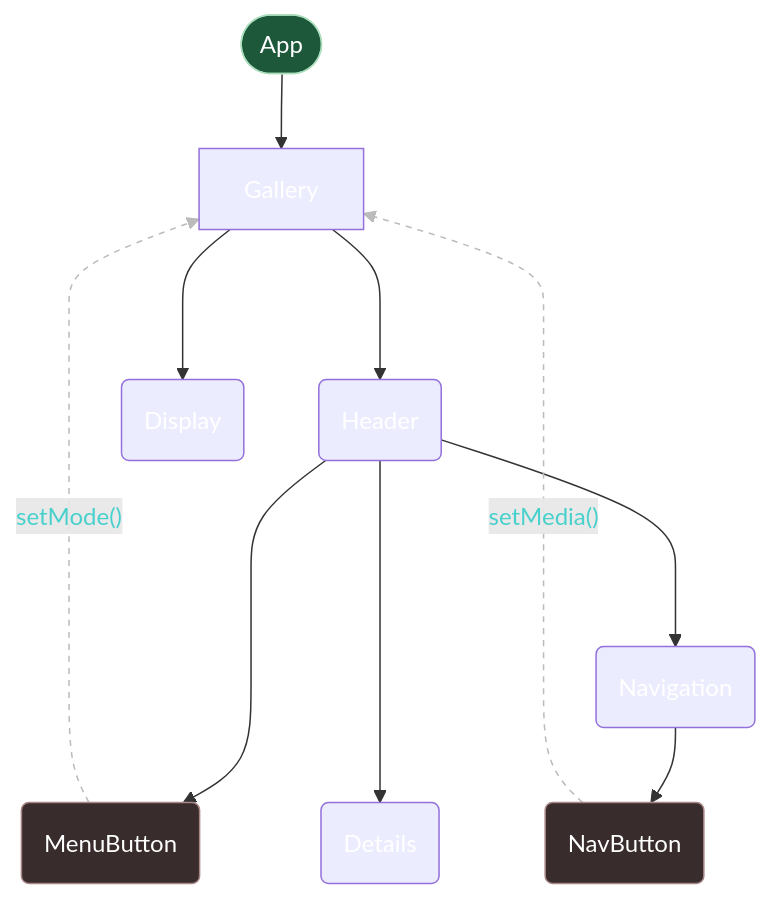
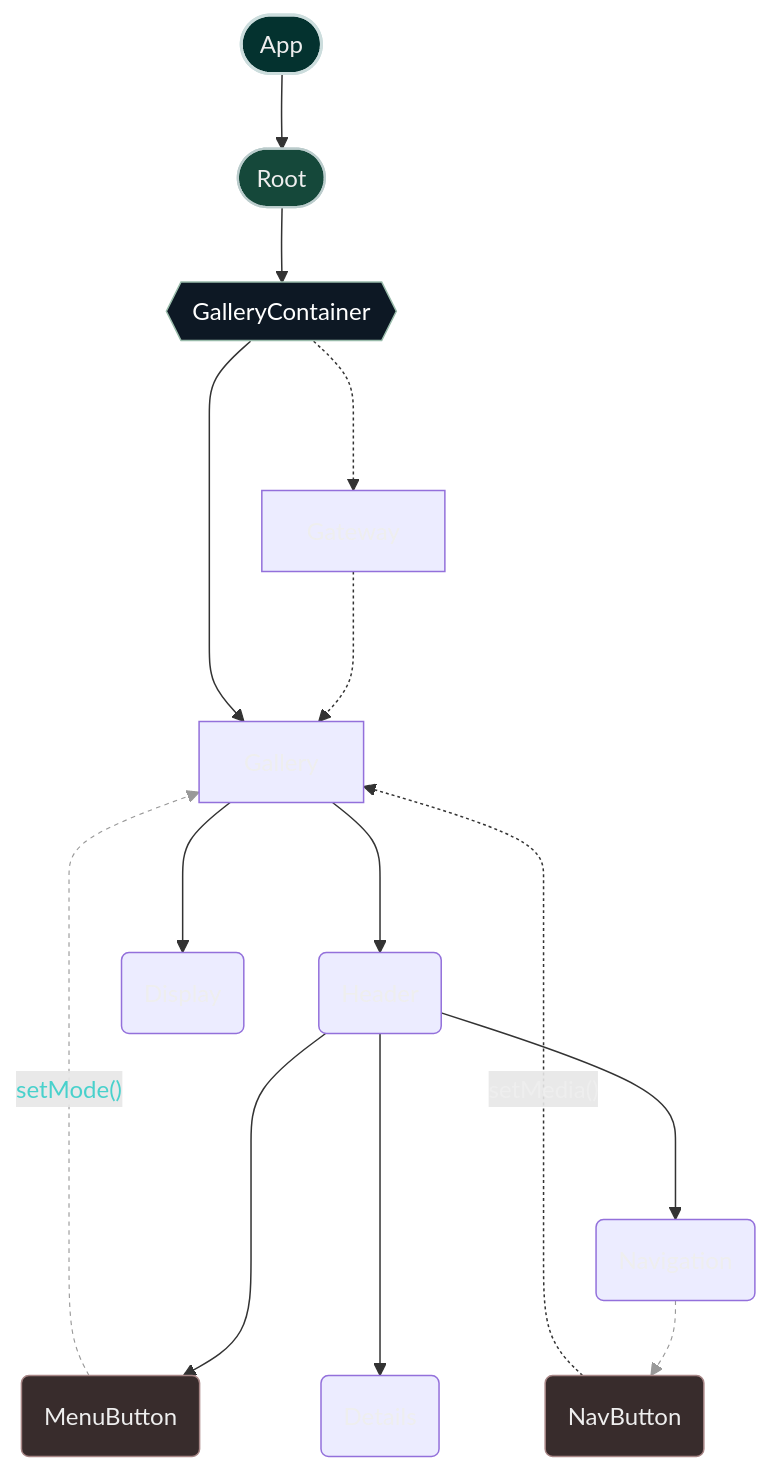
The first of 2 diagrams in README.md (xram64/tma-react-gallery), drawn with Mermaid before and after one commit. The commit also changed other lines of this file, not shown here.

Commit message:
Update graphs

````diff
--- a/README.md
+++ b/README.md
@@ -4,32 +7,42 @@
 ```mermaid
 
 graph TD
     %% Flowchart %%
-    A([App])
+    App([App])
+    App --> Root([Root])
+
+    Root --> GC{{GalleryContainer}}
     
-    A --> C[Gallery]
+    GC -..-> Gwy[Gateway]
+    Gwy -..-> G
 
-    C ---> HD(Header)
-    C ---> DS(Display)
+    GC --> G[Gallery]
+
+    G ---> HD(Header)
+    G ---> DS(Display)
 
     HD ----> mn_b(MenuButton)
     HD ---> nv(Navigation)
     HD ----> dt(Details)
 
     nv --> nv_b(NavButton)
 
-    mn_b -. "setMode()"  ....-> C
-    nv_b -. "setMedia()" ...-> C
-
+    mn_b -. "setMode()"  ....-> G
+    nv_b -. "setMedia()" ...-> G
 
 
     %% Styling %%
-    classDef root color:#fff,fill:#1d583a,stroke:#adb;
-    class A root;
+    classDef app color:#eee,fill:#04322f,stroke:#cdd,stroke-width:2px;
+    class App app;
+
+    classDef root color:#eee,fill:#15483A,stroke:#bcc,stroke-width:1.5px;
+    class Root root;
+
+    classDef container color:#fff,fill:#0d1824,stroke:#9ba;
+    class GC container;
     
     classDef helper fill:#382c2c,stroke:#a88686;
     class mn_b,nv_b helper;
 
-    linkStyle 7,8 stroke:#bbb,stroke-width:1px,stroke-dasharray:4,color:MediumTurquoise;
-
+    linkStyle 10,11 stroke:#999,stroke-width:0.75px,stroke-dasharray:3,color:MediumTurquoise;
 ```
````
